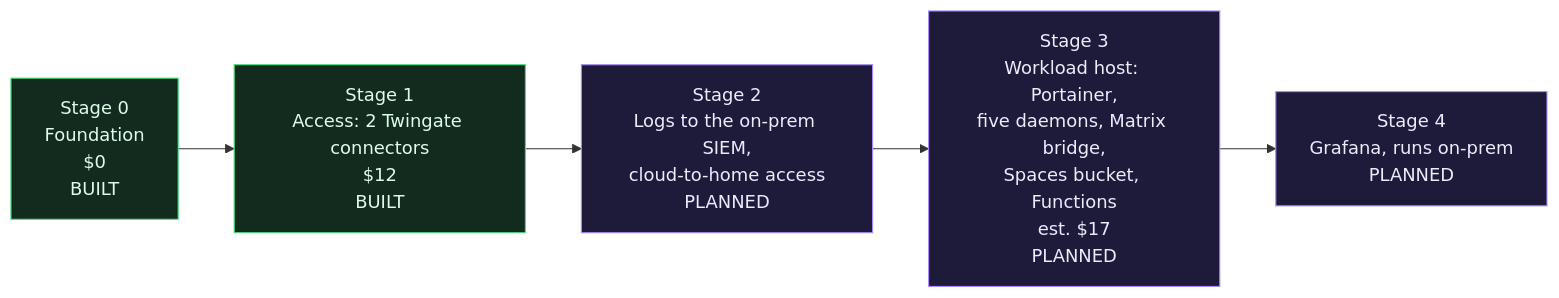
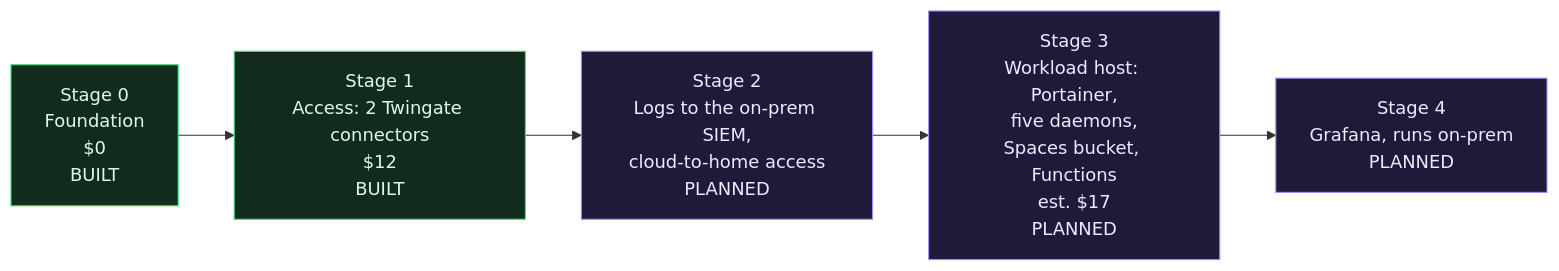
Before and after one commit to ChiefGyk3D/Clouds-Against-Humanity: the diagram in docs/wiki/Roadmap.md, drawn with Mermaid. The commit also changed other lines of this file and 4 other files, not shown here.

Commit message:
docs: stage 3 draft, the Discord bridge comes from etke.cc

````diff
--- a/docs/wiki/Roadmap.md
+++ b/docs/wiki/Roadmap.md
@@ -5,12 +5,12 @@
 ```mermaid
 flowchart LR
     s0["Stage 0<br/>Foundation<br/>$0<br/>BUILT"]:::done
     s1["Stage 1<br/>Access: 2 Twingate connectors<br/>$12<br/>BUILT"]:::done
     s2["Stage 2<br/>Logs to the on-prem SIEM,<br/>cloud-to-home access<br/>PLANNED"]:::plan
-    s3["Stage 3<br/>Workload host: Portainer,<br/>five daemons, Matrix bridge,<br/>Spaces bucket, Functions<br/>est. $17<br/>PLANNED"]:::plan
+    s3["Stage 3<br/>Workload host: Portainer,<br/>five daemons,<br/>Spaces bucket, Functions<br/>est. $17<br/>PLANNED"]:::plan
     s4["Stage 4<br/>Grafana, runs on-prem<br/>PLANNED"]:::plan
     s0 --> s1 --> s2 --> s3 --> s4
 
     classDef done fill:#132a1f,stroke:#4ade80,color:#dcfce7
     classDef plan fill:#1e1b3a,stroke:#a78bfa,color:#ede9fe
 ```
````
